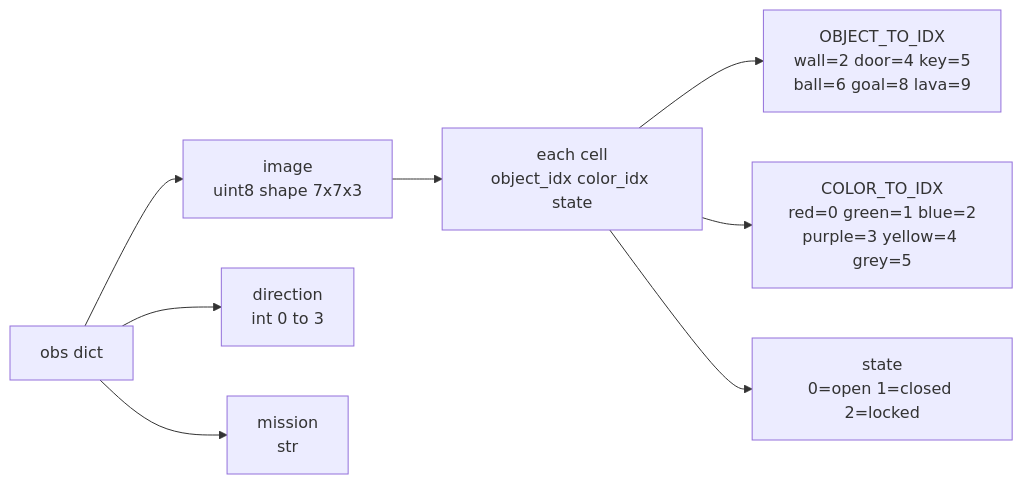
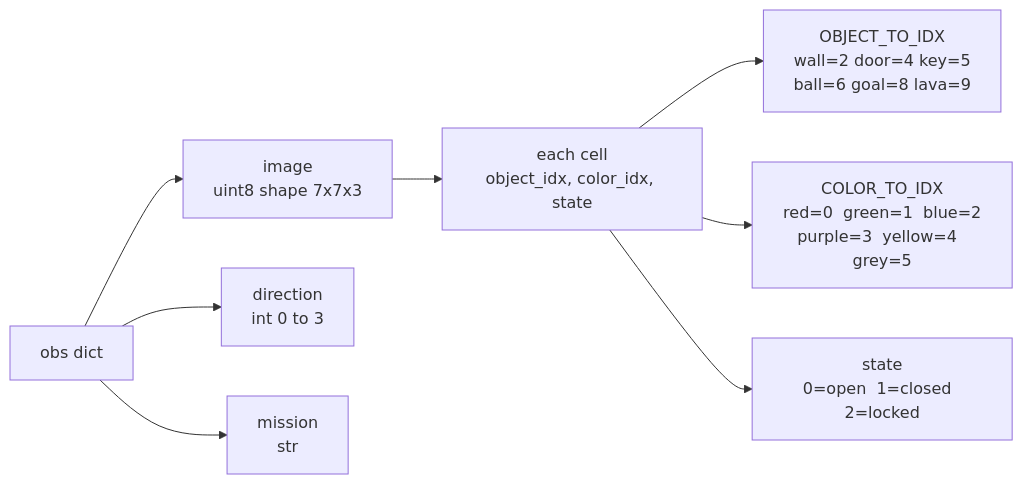
The fourth of 6 diagrams in docs/content/architecture.md (alexandermfisher/minigrid), drawn with Mermaid before and after one commit. The commit also changed other lines of this file, not shown here.

First line of the commit message:
Replace \n with <br/> in Mermaid node labels

````diff
--- a/docs/content/architecture.md
+++ b/docs/content/architecture.md
@@ -119,19 +119,19 @@
 ```{mermaid}
 graph LR
     OBS[obs dict]
-    IMG[image\nuint8 shape 7x7x3]
-    DIR[direction\nint 0 to 3]
-    MISSION[mission\nstr]
-    CELL[each cell\nobject_idx color_idx state]
-    OBJ[OBJECT_TO_IDX\nwall=2 door=4 key=5\nball=6 goal=8 lava=9]
-    COL[COLOR_TO_IDX\nred=0 green=1 blue=2\npurple=3 yellow=4 grey=5]
-    STA[state\n0=open 1=closed 2=locked]
+    IMG["image<br/>uint8 shape 7x7x3"]
+    DIR["direction<br/>int 0 to 3"]
+    MISSION["mission<br/>str"]
+    CELL["each cell<br/>object_idx, color_idx, state"]
+    OBJ["OBJECT_TO_IDX<br/>wall=2  door=4  key=5<br/>ball=6  goal=8  lava=9"]
+    COL["COLOR_TO_IDX<br/>red=0  green=1  blue=2<br/>purple=3  yellow=4  grey=5"]
+    STA["state<br/>0=open  1=closed  2=locked"]
 
     OBS --> IMG
     OBS --> DIR
     OBS --> MISSION
     IMG --> CELL
     CELL --> OBJ
     CELL --> COL
     CELL --> STA
 ```
````
